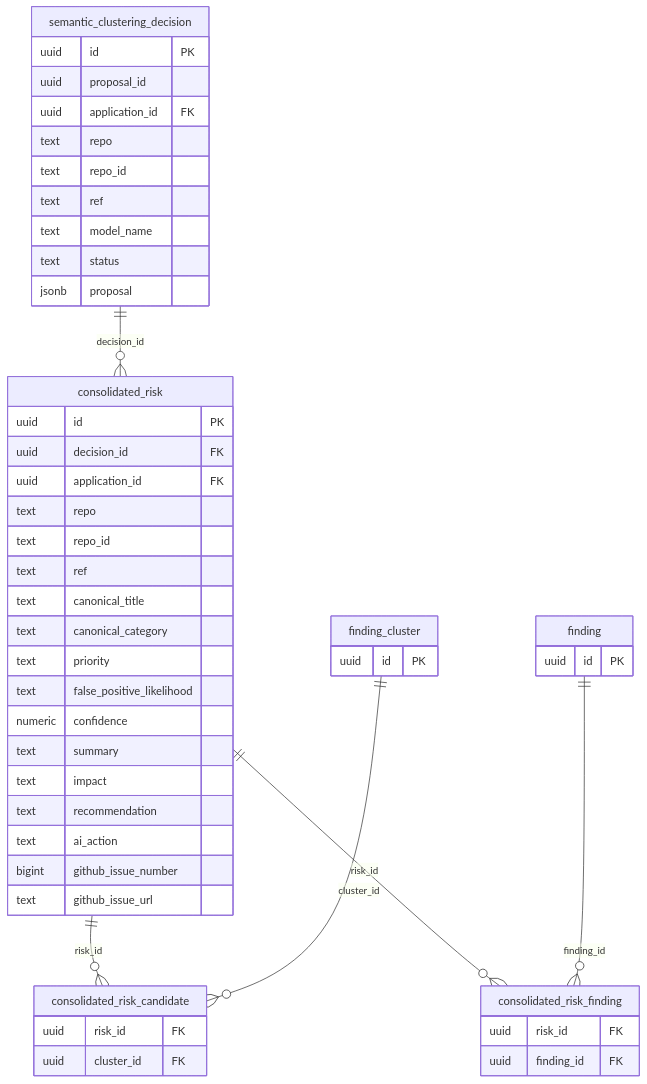
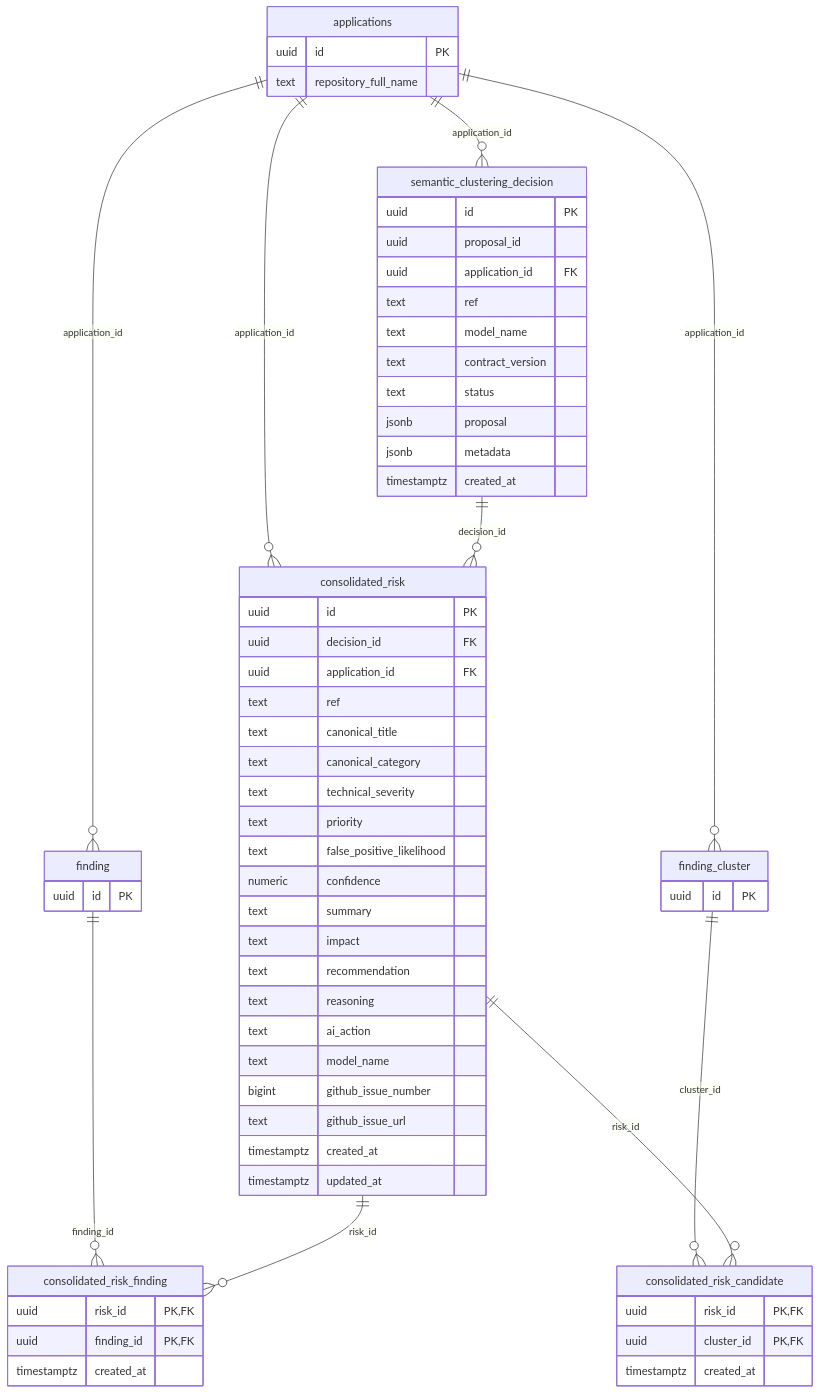
Before and after one commit to OdinEye-FIAP/aspm-docs: the fifth of 5 diagrams in docs/reference/database-schema.md, drawn with Mermaid. The commit also changed other lines of this file and 2 other files, not shown here.

First line of the commit message:
docs: remove security_tools e ressincroniza database-schema.md

````diff
--- a/docs/reference/database-schema.md
+++ b/docs/reference/database-schema.md
@@ -416,53 +466,67 @@
 ```mermaid
 erDiagram
     semantic_clustering_decision {
         uuid id PK
         uuid proposal_id
         uuid application_id FK
-        text repo
-        text repo_id
         text ref
         text model_name
+        text contract_version
         text status
         jsonb proposal
+        jsonb metadata
+        timestamptz created_at
     }
     consolidated_risk {
         uuid id PK
         uuid decision_id FK
         uuid application_id FK
-        text repo
-        text repo_id
         text ref
         text canonical_title
         text canonical_category
+        text technical_severity
         text priority
         text false_positive_likelihood
         numeric confidence
         text summary
         text impact
         text recommendation
+        text reasoning
         text ai_action
+        text model_name
         bigint github_issue_number
         text github_issue_url
+        timestamptz created_at
+        timestamptz updated_at
     }
     consolidated_risk_candidate {
-        uuid risk_id FK
-        uuid cluster_id FK
+        uuid risk_id PK, FK
+        uuid cluster_id PK, FK
+        timestamptz created_at
     }
     consolidated_risk_finding {
-        uuid risk_id FK
-        uuid finding_id FK
+        uuid risk_id PK, FK
+        uuid finding_id PK, FK
+        timestamptz created_at
+    }
+    applications {
+        uuid id PK
+        text repository_full_name
     }
     finding_cluster {
         uuid id PK
     }
     finding {
         uuid id PK
     }
 
+    applications ||--o{ finding : "application_id"
+    applications ||--o{ finding_cluster : "application_id"
+    applications ||--o{ semantic_clustering_decision : "application_id"
+    applications ||--o{ consolidated_risk : "application_id"
+    finding ||--o{ consolidated_risk_finding : "finding_id"
+    finding_cluster ||--o{ consolidated_risk_candidate : "cluster_id"
     semantic_clustering_decision ||--o{ consolidated_risk : "decision_id"
     consolidated_risk ||--o{ consolidated_risk_candidate : "risk_id"
     consolidated_risk ||--o{ consolidated_risk_finding : "risk_id"
-    finding_cluster ||--o{ consolidated_risk_candidate : "cluster_id"
-    finding ||--o{ consolidated_risk_finding : "finding_id"
 ```
````
